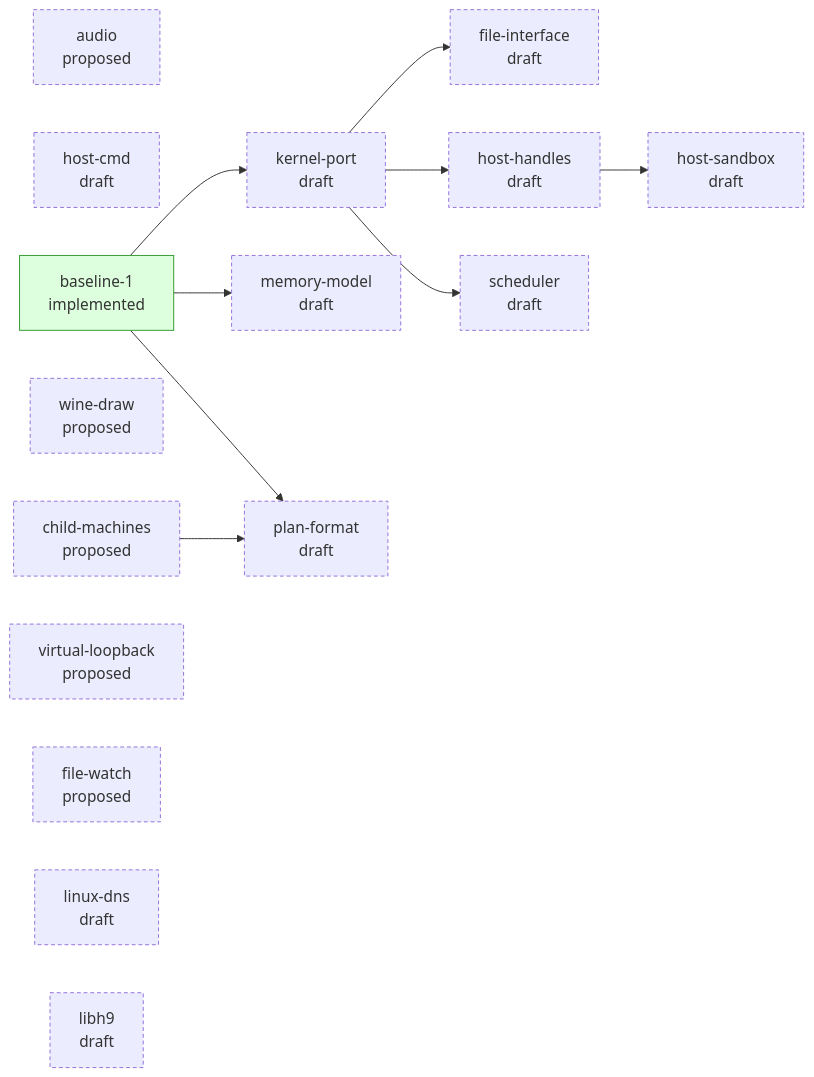
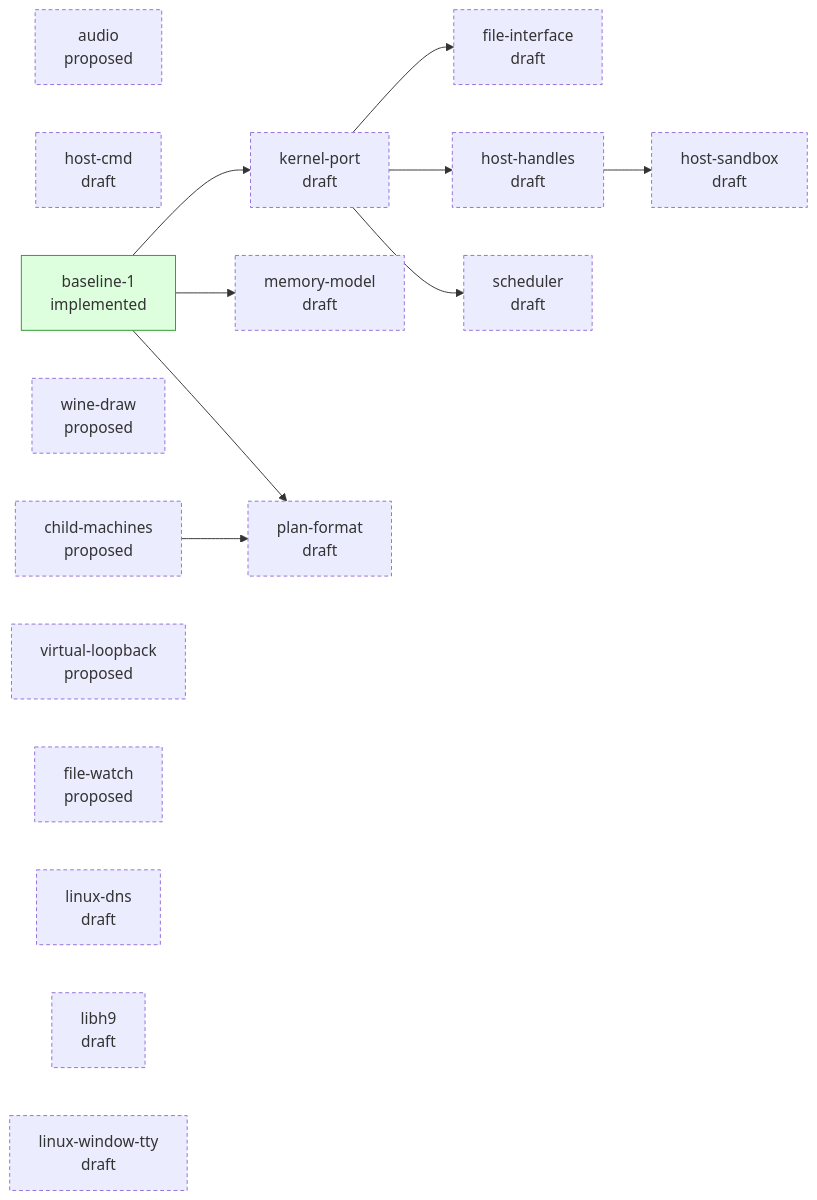
The diagram in design/STATUS.md (progrium/hyper9), drawn with Mermaid before and after one commit. The commit also changed other lines of this file, not shown here.

Commit message:
design: regenerate STATUS.md

````diff
--- a/design/STATUS.md
+++ b/design/STATUS.md
@@ -26,31 +27,32 @@
 ```mermaid
 flowchart LR
   classDef draft stroke-dasharray: 4 3
   classDef accepted stroke-width: 2px
   classDef implemented fill:#dfd,stroke:#393
   classDef closed fill:#eee,stroke:#999,color:#777
   p_host_sandbox["host-sandbox<br/>draft"]:::draft
   p_audio["audio<br/>proposed"]:::draft
   p_host_cmd["host-cmd<br/>draft"]:::draft
   p_child_machines["child-machines<br/>proposed"]:::draft
   p_wine_draw["wine-draw<br/>proposed"]:::draft
   p_baseline_1["baseline-1<br/>implemented"]:::implemented
   p_file_interface["file-interface<br/>draft"]:::draft
   p_host_handles["host-handles<br/>draft"]:::draft
   p_kernel_port["kernel-port<br/>draft"]:::draft
   p_memory_model["memory-model<br/>draft"]:::draft
   p_plan_format["plan-format<br/>draft"]:::draft
   p_scheduler["scheduler<br/>draft"]:::draft
   p_virtual_loopback["virtual-loopback<br/>proposed"]:::draft
   p_file_watch["file-watch<br/>proposed"]:::draft
   p_linux_dns["linux-dns<br/>draft"]:::draft
   p_libh9["libh9<br/>draft"]:::draft
+  p_linux_window_tty["linux-window-tty<br/>draft"]:::draft
   p_host_handles --> p_host_sandbox
   p_kernel_port --> p_file_interface
   p_kernel_port --> p_host_handles
   p_baseline_1 --> p_kernel_port
   p_baseline_1 --> p_memory_model
   p_baseline_1 --> p_plan_format
   p_child_machines --> p_plan_format
   p_kernel_port --> p_scheduler
 ```
````
